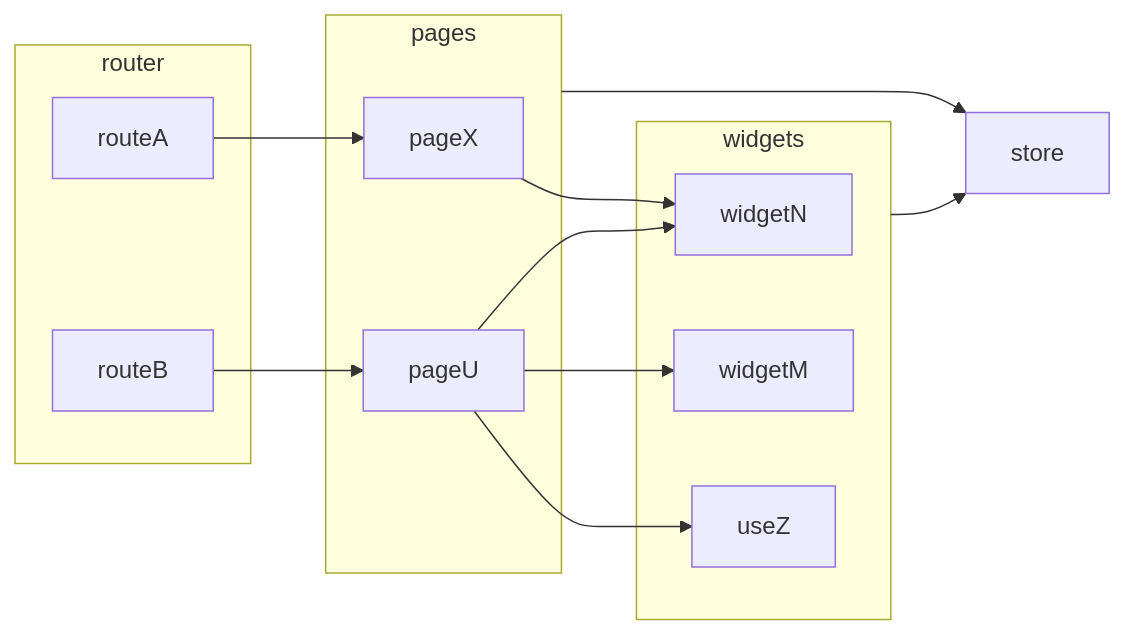
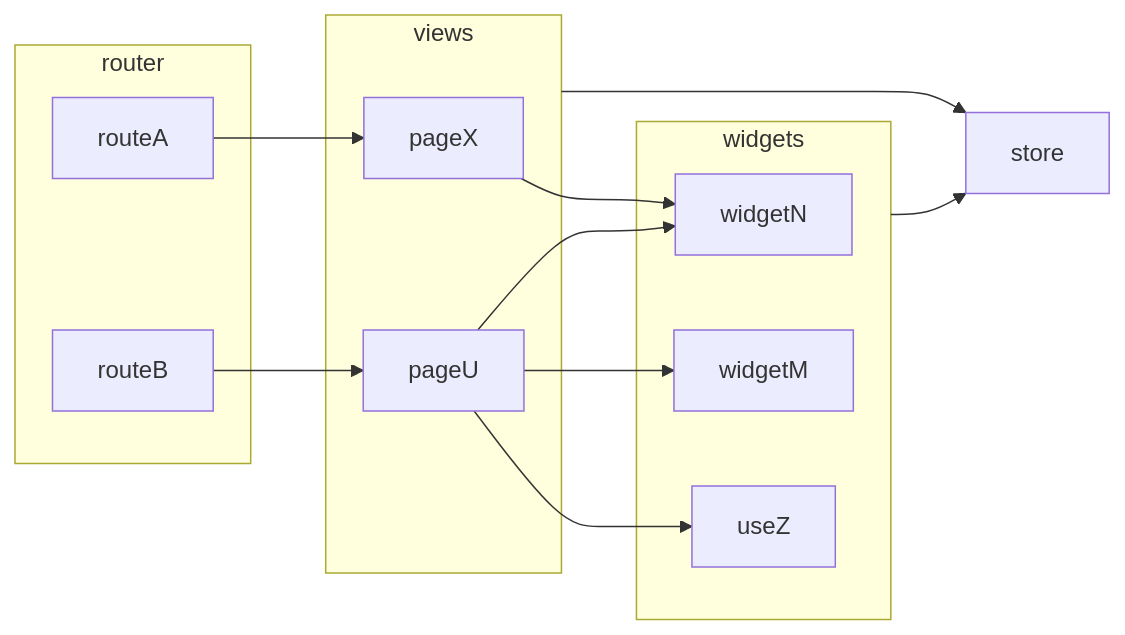
Before and after one commit to joaomelo/calystone: the second of 2 diagrams in DEVELOPMENT.md, drawn with Mermaid. The commit also changed other lines of this file and 21 other files, not shown here.

````diff
--- a/DEVELOPMENT.md
+++ b/DEVELOPMENT.md
@@ -36,26 +36,26 @@
 ```mermaid
 graph LR;
   subgraph router
     routeA;
     routeB
   end
-  subgraph pages
+  subgraph views
     pageX;
     pageU;
   end
   subgraph widgets
     widgetN
     widgetM
     useZ
   end  
   store
 
   routeA --> pageX;
   routeB --> pageU
   pageX --> widgetN
   pageU --> widgetM;
   pageU --> widgetN;
   pageU --> useZ;
-  pages --> store;
+  views --> store;
   widgets --> store;
 ```
````
